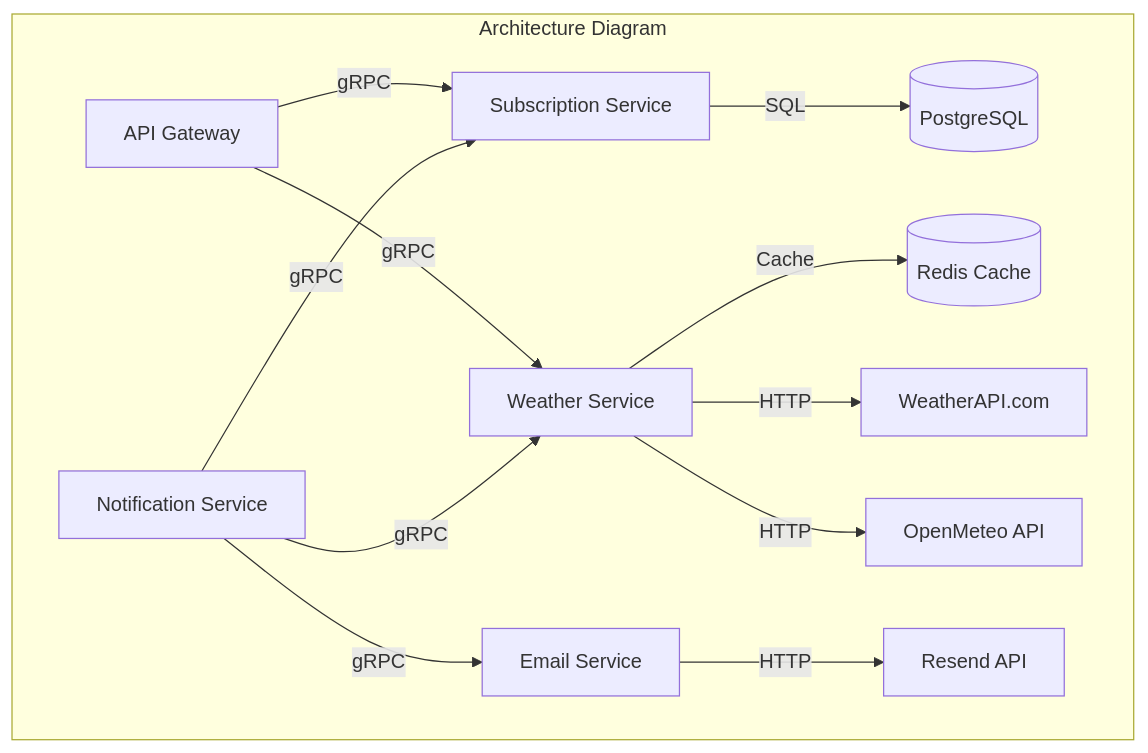
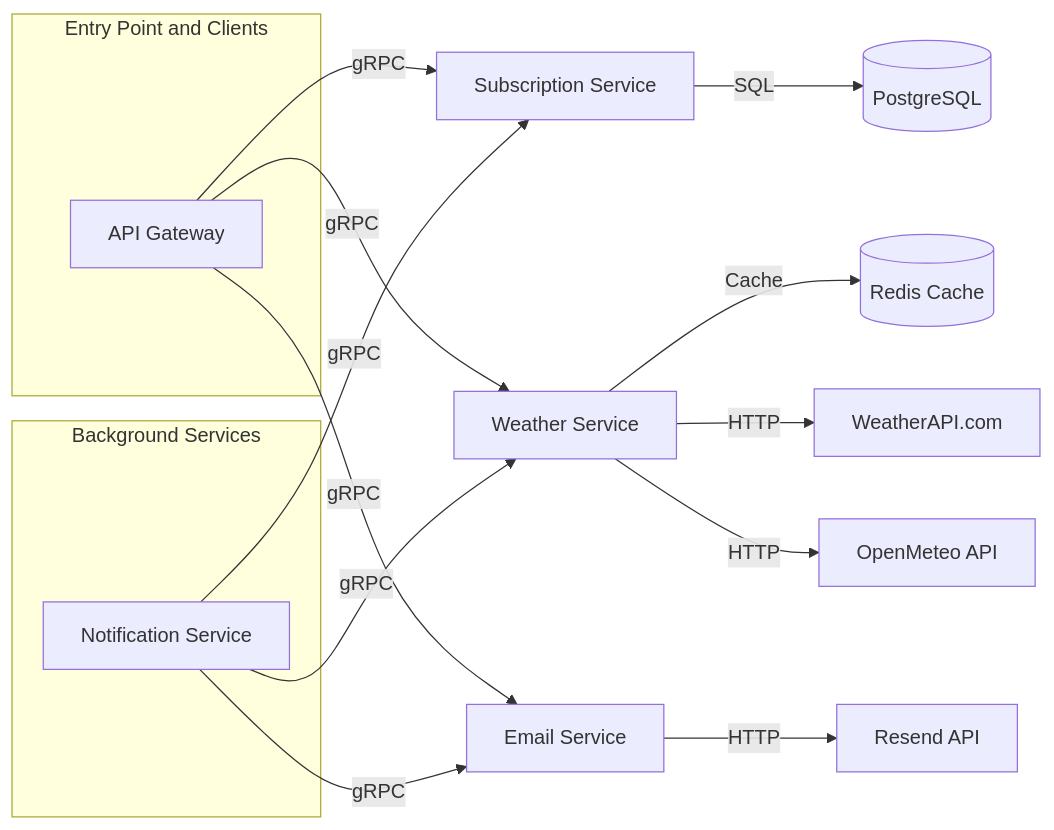
The diagram in docs/adr/adr-006.md (GenesisEducationKyiv/software-engineering-school-5-0-AndriiSolomka), drawn with Mermaid before and after one commit. The commit also changed other lines of this file, not shown here.

Commit message:
refactor: update microservices architecture and communication diagram

````diff
--- a/docs/adr/adr-006.md
+++ b/docs/adr/adr-006.md
@@ -93,31 +94,34 @@
 ```mermaid
-graph TB
-    subgraph "Architecture Diagram"
+graph LR
+    subgraph Entry Point and Clients
         Gateway[API Gateway]
-        
-        Weather[Weather Service]
-        Subscription[Subscription Service]
+    end
+
+    subgraph Background Services
         Notification[Notification Service]
-        Email[Email Service]
-        
-        PostgreSQL[(PostgreSQL)]
-        Redis[(Redis Cache)]
-        WeatherAPI[WeatherAPI.com]
-        OpenMeteo[OpenMeteo API]
-        ResendAPI[Resend API]
-        
-        Gateway -->|gRPC| Weather
-        Gateway -->|gRPC| Subscription
-        
-        Notification -->|gRPC| Weather
-        Notification -->|gRPC| Subscription
-        Notification -->|gRPC| Email
-        
-        Subscription -->|SQL| PostgreSQL
-        Weather -->|Cache| Redis
-        
-        Weather -->|HTTP| WeatherAPI
-        Weather -->|HTTP| OpenMeteo
-        Email -->|HTTP| ResendAPI
     end
+
+    Subscription[Subscription Service]
+    Weather[Weather Service]
+    Email[Email Service]
+
+    PostgreSQL[(PostgreSQL)]
+    Redis[(Redis Cache)]
+    WeatherAPI[WeatherAPI.com]
+    OpenMeteo[OpenMeteo API]
+    ResendAPI[Resend API]
+
+    Gateway -- gRPC --> Subscription
+    Gateway -- gRPC --> Weather
+    Gateway -- gRPC --> Email
+
+    Notification -- gRPC --> Subscription
+    Notification -- gRPC --> Weather
+    Notification -- gRPC --> Email
+
+    Subscription -- SQL --> PostgreSQL
+    Weather -- Cache --> Redis
+    Weather -- HTTP --> WeatherAPI
+    Weather -- HTTP --> OpenMeteo
+    Email -- HTTP --> ResendAPI
 ```
````
